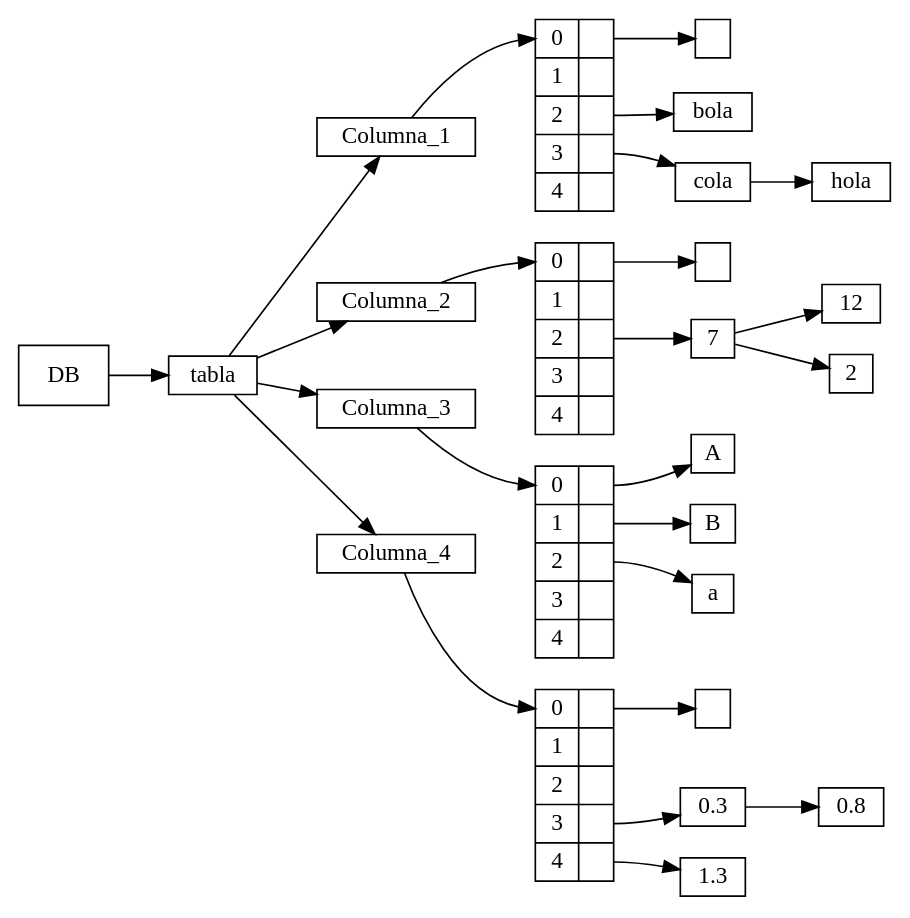
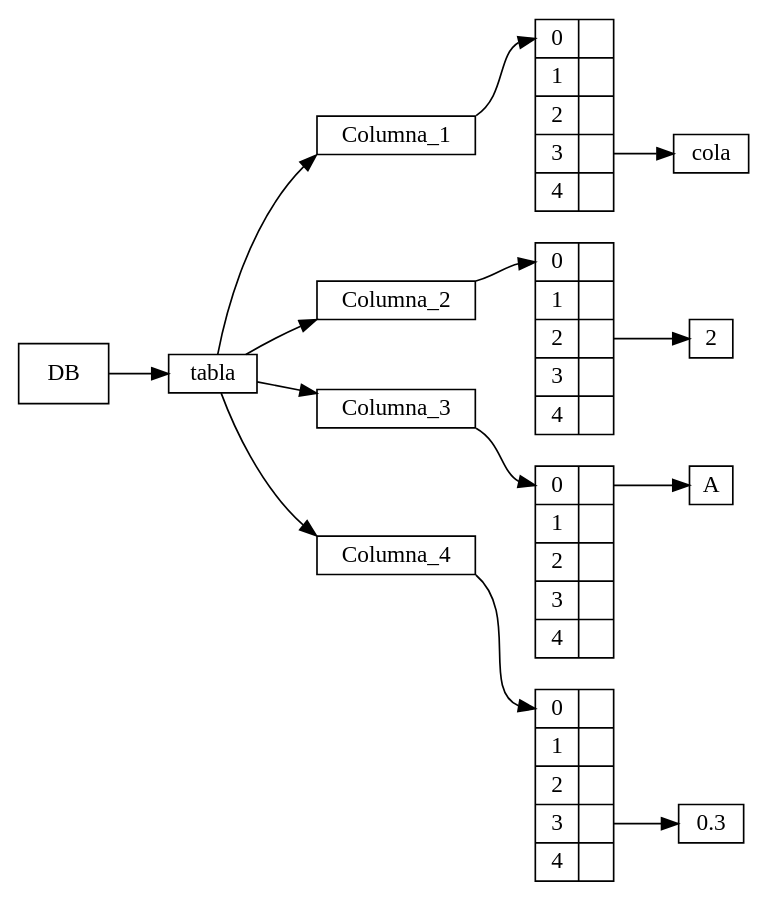
Before and after one commit to BryanGmz/Proyecto_DB_ED: the diagram in Proyecto_DB/archivo.dot, drawn with Graphviz. The commit also changed 20 other files, not shown here.

Commit message:
Todas las opciones de Graphviz

```diff
--- a/Proyecto_DB/archivo.dot
+++ b/Proyecto_DB/archivo.dot
@@ -1,60 +1,34 @@
 digraph G {
 
 DB[shape=box];
 rankdir=LR;
 node [shape=record, width=.1, height=.1];
 
 tabla[shape=box];
 DB -> tabla;
-Columna_1[shape=box];
-tabla -> Columna_1;
-Columna_1 -> node0:f0
-node0[label = "{<f0> 0 | <f1>}| {<f2> 1 | <f3>}| {<f4> 2 | <f5>}| {<f6> 3 | <f7>}| {<f8> 4 | <f9>}"];
-node1 [label = "<f0>  "];
-node0:f1 ->  node1:f0;
-node2 [label = "<f0> bola "];
-node0:f5 ->  node2:f0;
-node3 [label = "<f0> cola "];
-node4 [label = "<f0> hola "];
-
-node3:f0 -> node4:f0;
-node0:f7 ->  node3:f0;
-Columna_2[shape=box];
-tabla -> Columna_2;
-Columna_2 -> node5:f0
-node5[label = "{<f0> 0 | <f1>}| {<f2> 1 | <f3>}| {<f4> 2 | <f5>}| {<f6> 3 | <f7>}| {<f8> 4 | <f9>}"];
-node6 [label = "<f0>  "];
-node5:f1 ->  node6:f0;
-node7 [label = "<f0> 7 "];
-node8 [label = "<f0> 12 "];
-
-node7:f0 -> node8:f0;
-node9 [label = "<f0> 2 "];
-
-node7:f0 -> node9:f0;
-node5:f5 ->  node7:f0;
-Columna_3[shape=box];
-tabla -> Columna_3;
-Columna_3 -> node10:f0
+node0[label="<f0> Columna_1"];
+tabla -> node0:f0;
+node0:f0 -> node1:f0
+node1[label = "{<f0> 0 | <f1>}| {<f2> 1 | <f3>}| {<f4> 2 | <f5>}| {<f6> 3 | <f7>}| {<f8> 4 | <f9>}"];
+node2 [label = "<f0> cola "];
+node1:f7 ->  node2:f0;
+node3[label="<f0> Columna_2"];
+tabla -> node3:f0;
+node3:f0 -> node4:f0
+node4[label = "{<f0> 0 | <f1>}| {<f2> 1 | <f3>}| {<f4> 2 | <f5>}| {<f6> 3 | <f7>}| {<f8> 4 | <f9>}"];
+node5 [label = "<f0> 2 "];
+node4:f5 ->  node5:f0;
+node6[label="<f0> Columna_3"];
+tabla -> node6:f0;
+node6:f0 -> node7:f0
+node7[label = "{<f0> 0 | <f1>}| {<f2> 1 | <f3>}| {<f4> 2 | <f5>}| {<f6> 3 | <f7>}| {<f8> 4 | <f9>}"];
+node8 [label = "<f0> A "];
+node7:f1 ->  node8:f0;
+node9[label="<f0> Columna_4"];
+tabla -> node9:f0;
+node9:f0 -> node10:f0
 node10[label = "{<f0> 0 | <f1>}| {<f2> 1 | <f3>}| {<f4> 2 | <f5>}| {<f6> 3 | <f7>}| {<f8> 4 | <f9>}"];
-node11 [label = "<f0> A "];
-node10:f1 ->  node11:f0;
-node12 [label = "<f0> B "];
-node10:f3 ->  node12:f0;
-node13 [label = "<f0> a "];
-node10:f5 ->  node13:f0;
-Columna_4[shape=box];
-tabla -> Columna_4;
-Columna_4 -> node14:f0
-node14[label = "{<f0> 0 | <f1>}| {<f2> 1 | <f3>}| {<f4> 2 | <f5>}| {<f6> 3 | <f7>}| {<f8> 4 | <f9>}"];
-node15 [label = "<f0>  "];
-node14:f1 ->  node15:f0;
-node16 [label = "<f0> 0.3 "];
-node17 [label = "<f0> 0.8 "];
-
-node16:f0 -> node17:f0;
-node14:f7 ->  node16:f0;
-node18 [label = "<f0> 1.3 "];
-node14:f9 ->  node18:f0;
+node11 [label = "<f0> 0.3 "];
+node10:f7 ->  node11:f0;
 
 }
```
